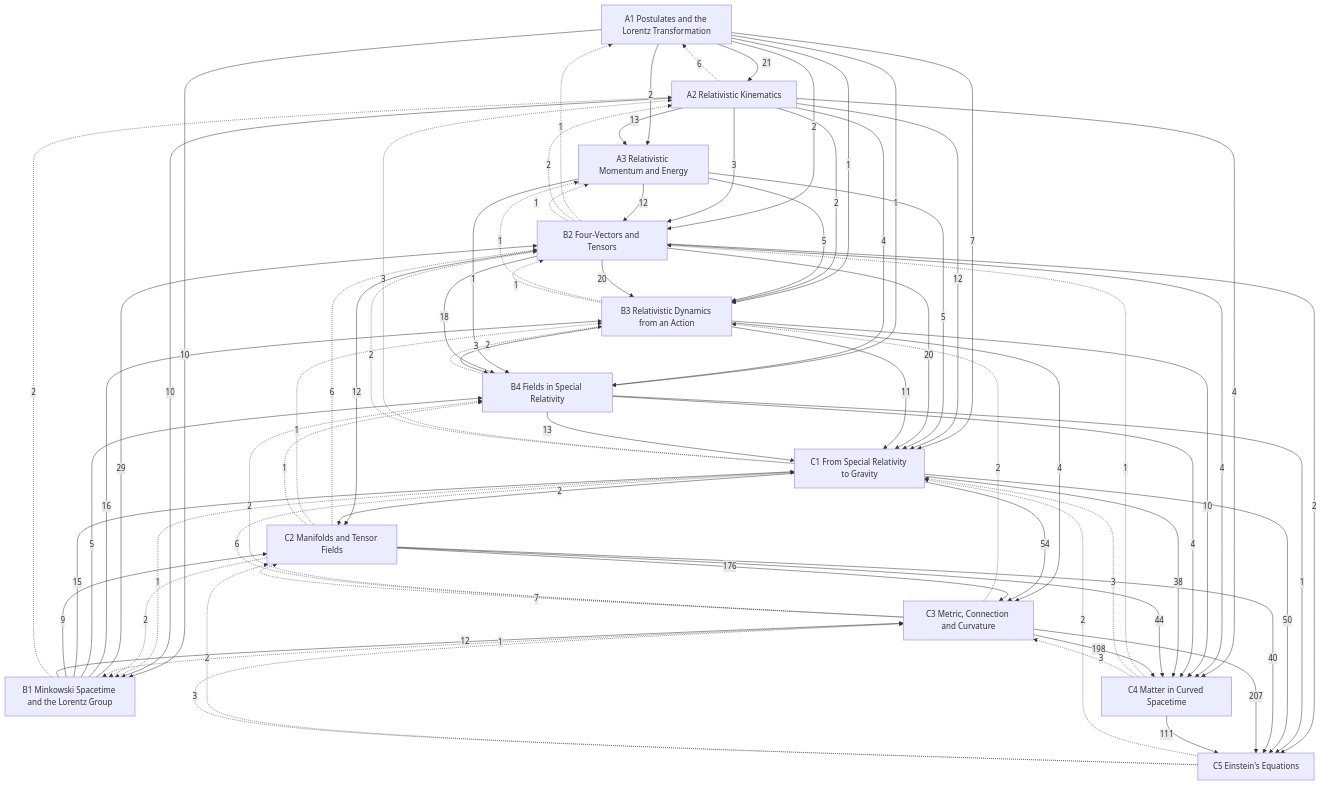
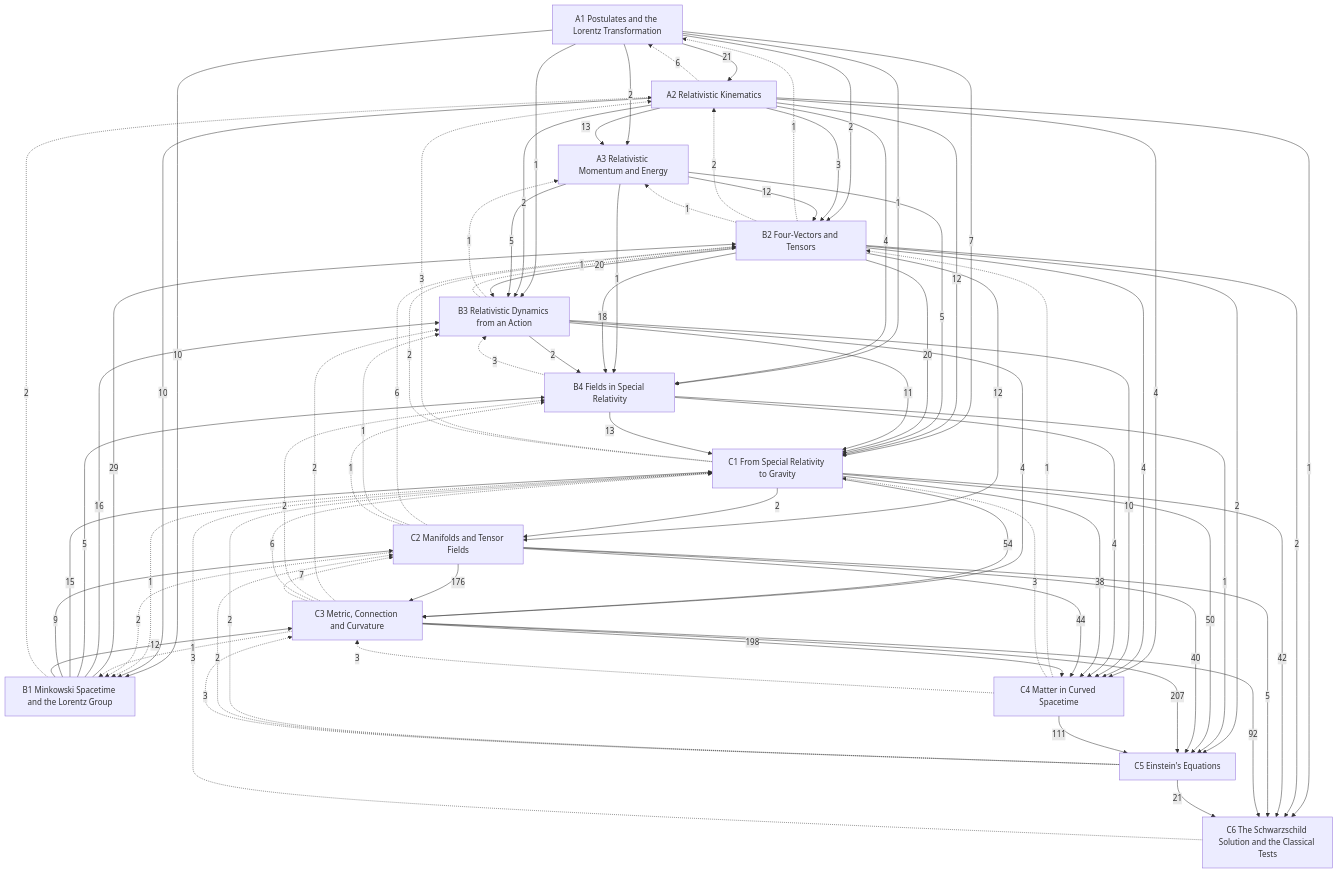
One commit to Onion20040508/notes changed the diagram in Physics/Relativity/Relativity.md. Above: the diagram before and after it, drawn with Mermaid. The commit also changed other lines of this file and 44 other files, not shown here.

```diff
--- a/Physics/Relativity/Relativity.md
+++ b/Physics/Relativity/Relativity.md
@@ -46,6 +47,7 @@
   C3["C3 Metric, Connection and Curvature"]
   C4["C4 Matter in Curved Spacetime"]
   C5["C5 Einstein's Equations"]
+  C6["C6 The Schwarzschild Solution and the Classical Tests"]
   A1 -->|21| A2
   A1 -->|2| A3
   A2 -->|13| A3
@@ -93,6 +95,12 @@
   C2 -->|40| C5
   C3 -->|207| C5
   C4 -->|111| C5
+  A2 -->|1| C6
+  B2 -->|2| C6
+  C1 -->|42| C6
+  C2 -->|5| C6
+  C3 -->|92| C6
+  C5 -->|21| C6
   A2 -.->|6| A1
   B2 -.->|1| A1
   B1 -.->|2| A2
@@ -115,6 +123,7 @@
   C3 -.->|6| C1
   C4 -.->|3| C1
   C5 -.->|2| C1
+  C6 -.->|3| C1
   C3 -.->|7| C2
   C5 -.->|2| C2
   C4 -.->|3| C3
```
